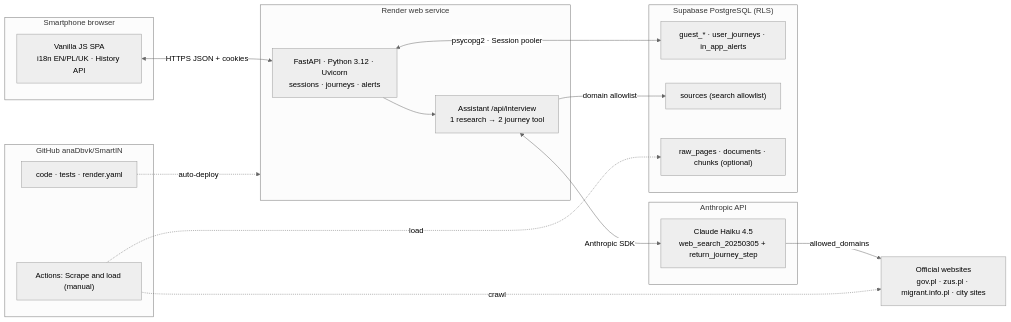
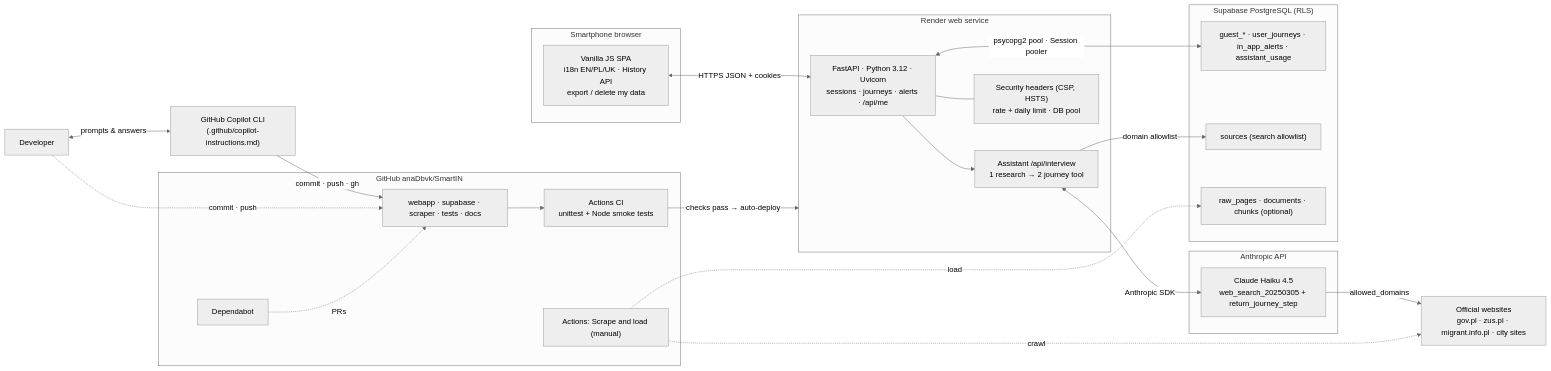
Before and after one commit to anaDbvk/INTEGRA.GOV: the first of 3 diagrams in docs/ARCHITECTURE.md, drawn with Mermaid (neutral theme). The commit also changed other lines of this file and 20 other files, not shown here.

Commit message:
Clean up repo, remove legacy knowledge loader, update architecture diagrams and README

````diff
--- a/docs/ARCHITECTURE.md
+++ b/docs/ARCHITECTURE.md
@@ -7,33 +25,44 @@
 ```mermaid
 flowchart LR
   subgraph Client["Smartphone browser"]
-    UI["Vanilla JS SPA<br/>i18n EN/PL/UK · History API"]
+    UI["Vanilla JS SPA<br/>i18n EN/PL/UK · History API<br/>export / delete my data"]
   end
   subgraph Render["Render web service"]
-    API["FastAPI · Python 3.12 · Uvicorn<br/>sessions · journeys · alerts"]
+    API["FastAPI · Python 3.12 · Uvicorn<br/>sessions · journeys · alerts · /api/me"]
     AS["Assistant /api/interview<br/>1 research → 2 journey tool"]
+    G["Security headers (CSP, HSTS)<br/>rate + daily limit · DB pool"]
   end
   subgraph Anthropic["Anthropic API"]
     CL["Claude Haiku 4.5<br/>web_search_20250305 + return_journey_step"]
   end
   WEB["Official websites<br/>gov.pl · zus.pl · migrant.info.pl · city sites"]
   subgraph Supabase["Supabase PostgreSQL (RLS)"]
-    APP["guest_* · user_journeys · in_app_alerts"]
+    APP["guest_* · user_journeys · in_app_alerts · assistant_usage"]
     SRC["sources (search allowlist)"]
     KB["raw_pages · documents · chunks (optional)"]
   end
   subgraph GitHub["GitHub anaDbvk/SmartIN"]
-    CODE["code · tests · render.yaml"]
-    ACT["Actions: Scrape and load (manual)"]
+    CODE["webapp · supabase · scraper · tests · docs"]
+    CI["Actions CI<br/>unittest + Node smoke tests"]
+    DB["Dependabot"]
+    SCR["Actions: Scrape and load (manual)"]
   end
+  DEV["Developer"]
+  COP["GitHub Copilot CLI<br/>(.github/copilot-instructions.md)"]
 
   UI <-- "HTTPS JSON + cookies" --> API
   API --> AS
+  API --- G
   AS <-- "Anthropic SDK" --> CL
   CL -- "allowed_domains" --> WEB
-  API <-- "psycopg2 · Session pooler" --> APP
+  API <-- "psycopg2 pool · Session pooler" --> APP
   AS -- "domain allowlist" --> SRC
-  CODE -. "auto-deploy" .-> Render
-  ACT -. "crawl" .-> WEB
-  ACT -. "load" .-> KB
+  DEV <-- "prompts & answers" --> COP
+  COP -- "commit · push · gh" --> CODE
+  DEV -. "commit · push" .-> CODE
+  DB -. "PRs" .-> CODE
+  CODE --> CI
+  CI -- "checks pass → auto-deploy" --> Render
+  SCR -. "crawl" .-> WEB
+  SCR -. "load" .-> KB
 ```
````
